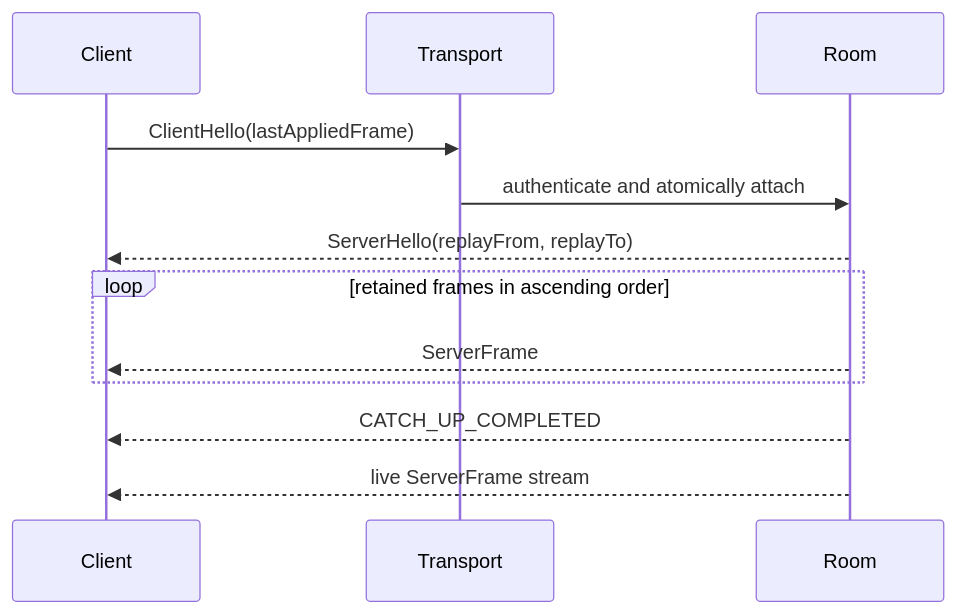
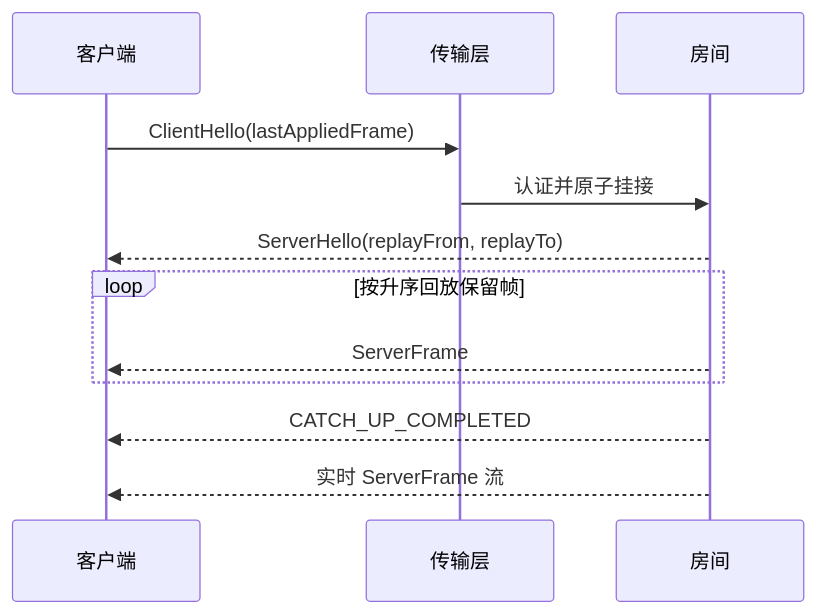
The second of 2 diagrams in docs/protocol.md (ri3ck8/rainnov-lockstep-server), drawn with Mermaid before and after one commit. The commit also changed other lines of this file and 23 other files, not shown here.

````diff
--- a/docs/protocol.md
+++ b/docs/protocol.md
@@ -111,14 +73,14 @@
 ```mermaid
 sequenceDiagram
-    participant Client
-    participant Transport
-    participant Room
+    participant Client as 客户端
+    participant Transport as 传输层
+    participant Room as 房间
     Client->>Transport: ClientHello(lastAppliedFrame)
-    Transport->>Room: authenticate and atomically attach
+    Transport->>Room: 认证并原子挂接
     Room-->>Client: ServerHello(replayFrom, replayTo)
-    loop retained frames in ascending order
+    loop 按升序回放保留帧
         Room-->>Client: ServerFrame
     end
     Room-->>Client: CATCH_UP_COMPLETED
-    Room-->>Client: live ServerFrame stream
+    Room-->>Client: 实时 ServerFrame 流
 ```
````
